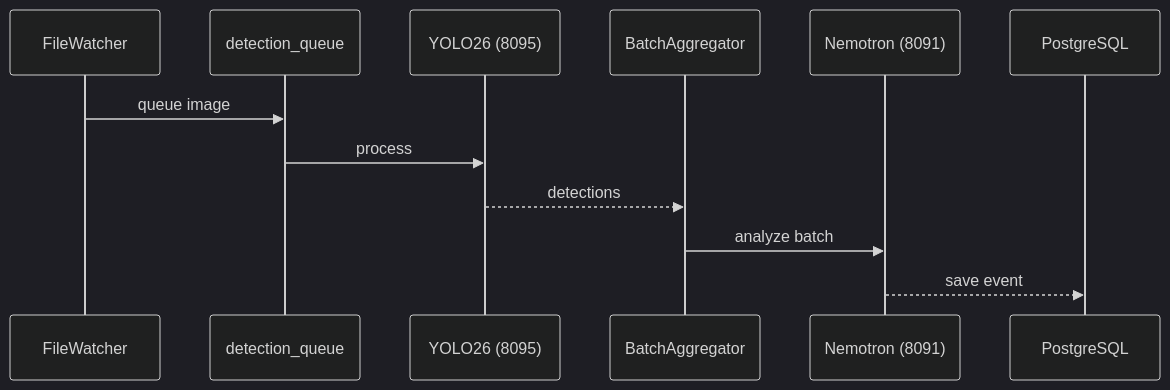
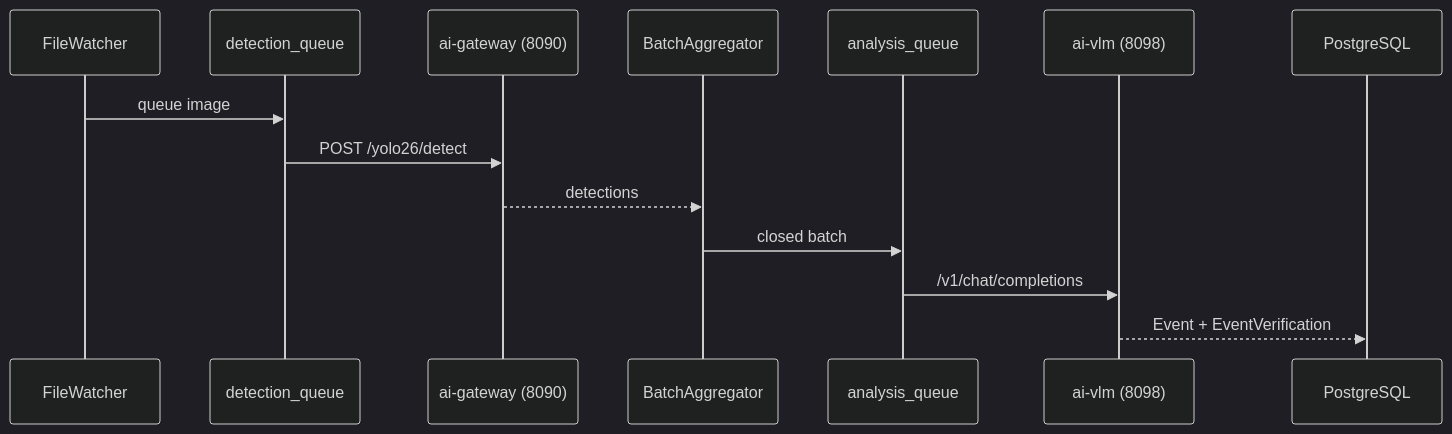
The ninth of 9 diagrams in docs/diagrams/README.md (mikesvoboda/nemotron-v3-home-security-intelligence), drawn with Mermaid before and after one commit. The commit also changed other lines of this file and 231 other files, not shown here.

````diff
--- a/docs/diagrams/README.md
+++ b/docs/diagrams/README.md
@@ -235,16 +244,18 @@
 ```mermaid
 %%{init: {'theme': 'dark'}}%%
 sequenceDiagram
     participant FW as FileWatcher
     participant DQ as detection_queue
-    participant YOLO as YOLO26 (8095)
+    participant GW as ai-gateway (8090)
     participant BA as BatchAggregator
-    participant NEM as Nemotron (8091)
+    participant AQ as analysis_queue
+    participant VLM as ai-vlm (8098)
     participant DB as PostgreSQL
 
     FW->>DQ: queue image
-    DQ->>YOLO: process
-    YOLO-->>BA: detections
-    BA->>NEM: analyze batch
-    NEM-->>DB: save event
+    DQ->>GW: POST /yolo26/detect
+    GW-->>BA: detections
+    BA->>AQ: closed batch
+    AQ->>VLM: /v1/chat/completions
+    VLM-->>DB: Event + EventVerification
 ```
````
